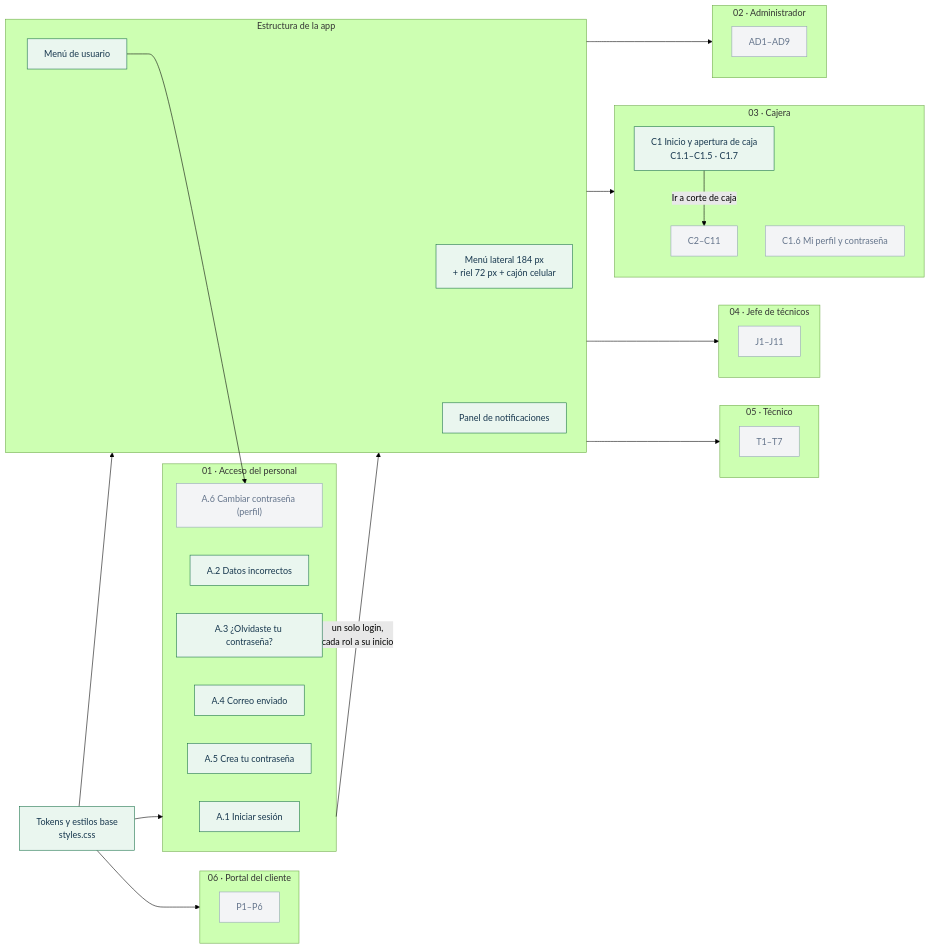
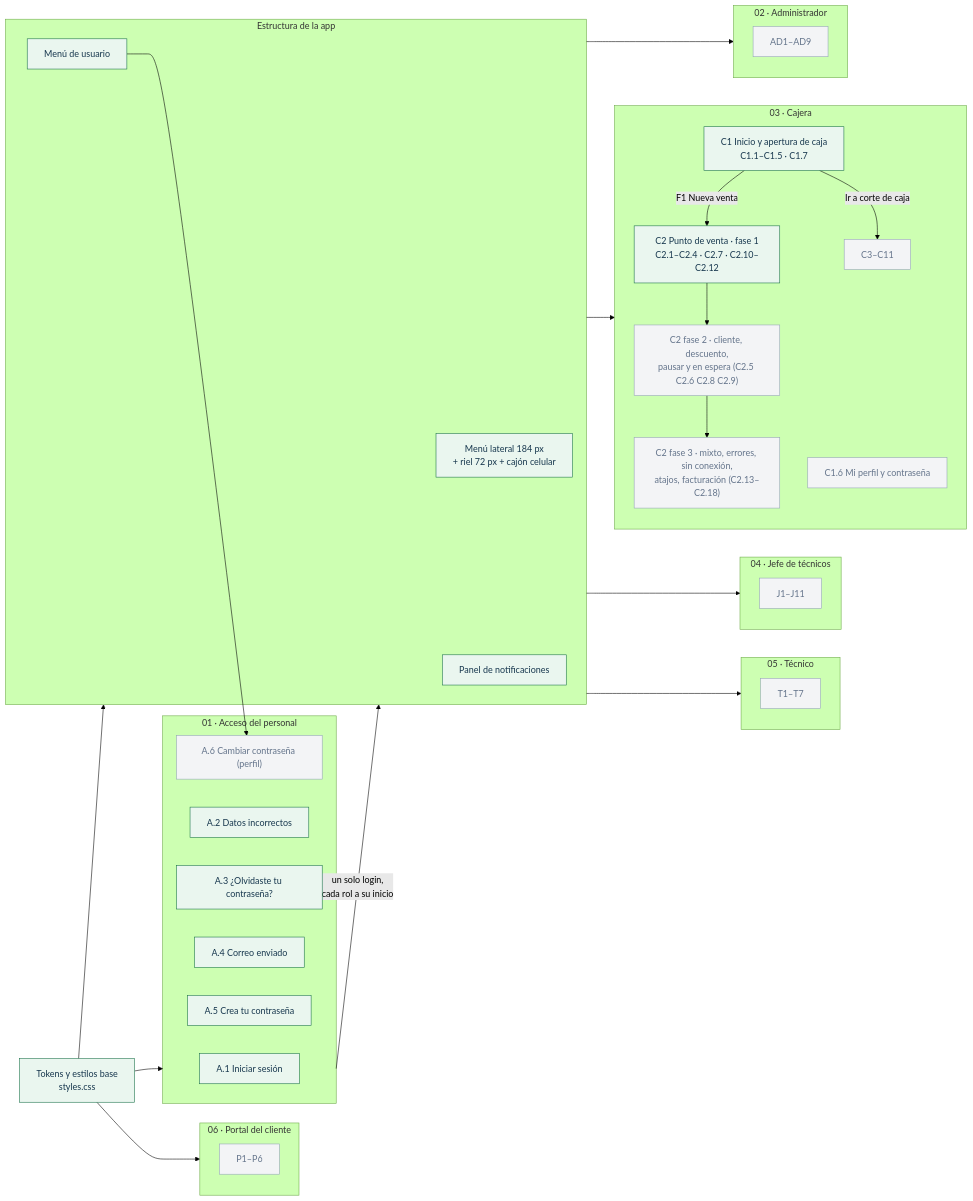
The first of 3 diagrams in frontend/BITACORA.md (dianaaochoa/SHURI-Sistema-Gestion), drawn with Mermaid (forest theme) before and after one commit. The commit also changed other lines of this file, not shown here.

Commit message:
docs(frontend): bitácora y grafos con el punto de venta (C2 fase 1)

````diff
--- a/frontend/BITACORA.md
+++ b/frontend/BITACORA.md
@@ -15,49 +15,54 @@
 ```mermaid
 flowchart LR
   classDef hecho fill:#eaf6ef,stroke:#187047,color:#17374e
   classDef curso fill:#fff4dc,stroke:#925d0b,color:#17374e
   classDef pendiente fill:#f3f4f6,stroke:#94a3b8,color:#64748b
 
   BASE["Tokens y estilos base<br/>styles.css"]:::hecho
 
   subgraph ACC["01 · Acceso del personal"]
     A1["A.1 Iniciar sesión"]:::hecho
     A2["A.2 Datos incorrectos"]:::hecho
     A3["A.3 ¿Olvidaste tu contraseña?"]:::hecho
     A4["A.4 Correo enviado"]:::hecho
     A5["A.5 Crea tu contraseña"]:::hecho
     A6["A.6 Cambiar contraseña (perfil)"]:::pendiente
   end
 
   subgraph SHELL["Estructura de la app"]
     MENU["Menú lateral 184 px<br/>+ riel 72 px + cajón celular"]:::hecho
     USR["Menú de usuario"]:::hecho
     NOT["Panel de notificaciones"]:::hecho
   end
 
   subgraph ADM["02 · Administrador"]
     AD["AD1–AD9"]:::pendiente
   end
   subgraph CAJ["03 · Cajera"]
     C1["C1 Inicio y apertura de caja<br/>C1.1–C1.5 · C1.7"]:::hecho
     C16["C1.6 Mi perfil y contraseña"]:::pendiente
-    C["C2–C11"]:::pendiente
+    C2A["C2 Punto de venta · fase 1<br/>C2.1–C2.4 · C2.7 · C2.10–C2.12"]:::hecho
+    C2B["C2 fase 2 · cliente, descuento,<br/>pausar y en espera (C2.5 C2.6 C2.8 C2.9)"]:::pendiente
+    C2C["C2 fase 3 · mixto, errores, sin conexión,<br/>atajos, facturación (C2.13–C2.18)"]:::pendiente
+    C["C3–C11"]:::pendiente
   end
   subgraph JEF["04 · Jefe de técnicos"]
     J["J1–J11"]:::pendiente
   end
   subgraph TEC["05 · Técnico"]
     T["T1–T7"]:::pendiente
   end
   subgraph POR["06 · Portal del cliente"]
     P["P1–P6"]:::pendiente
   end
 
   BASE --> ACC
   BASE --> SHELL
   ACC -->|"un solo login,<br/>cada rol a su inicio"| SHELL
   SHELL --> ADM & CAJ & JEF & TEC
   USR --> A6
+  C1 -->|"F1 Nueva venta"| C2A
+  C2A --> C2B --> C2C
   C1 -->|"Ir a corte de caja"| C
   BASE --> POR
 ```
````
